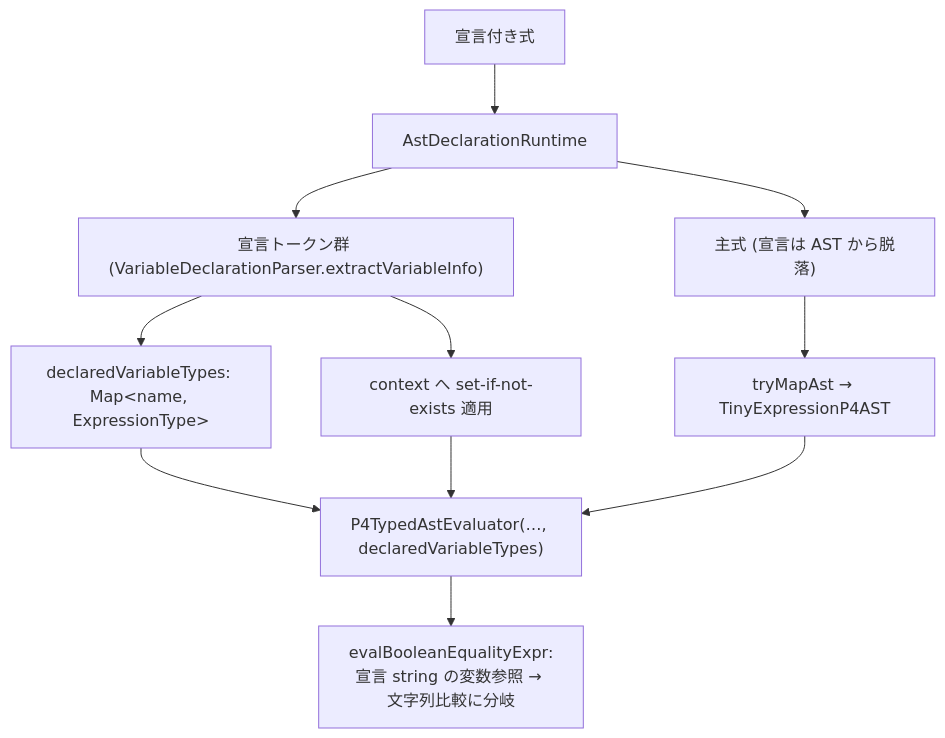
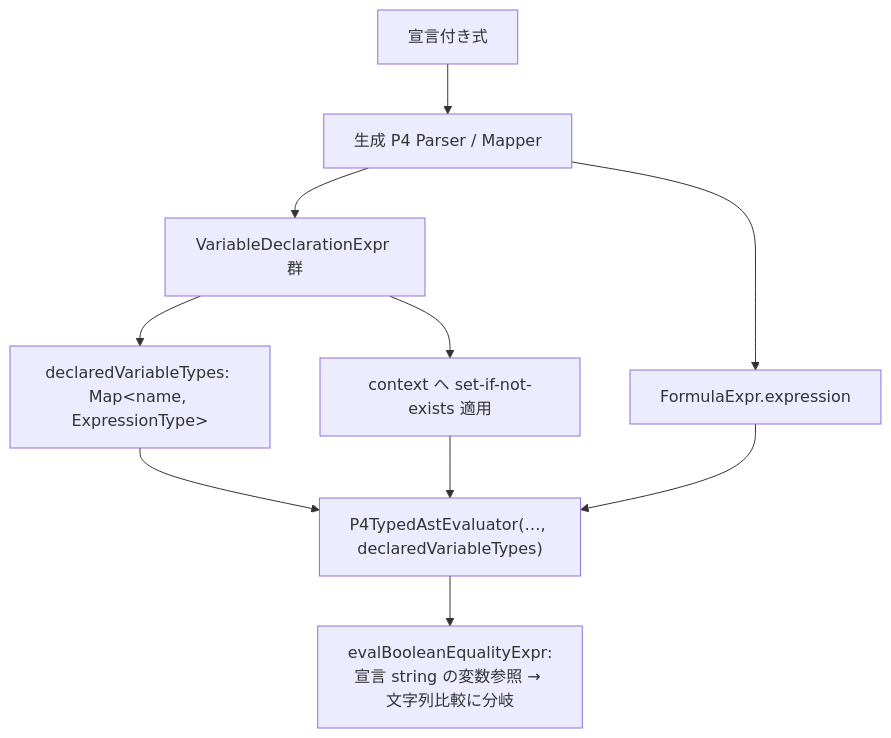
Before and after one commit to opaopa6969/tinyexpression: the seventh of 7 diagrams in docs/architecture-p4.md, drawn with Mermaid. The commit also changed other lines of this file and 40 other files, not shown here.

````diff
--- a/docs/architecture-p4.md
+++ b/docs/architecture-p4.md
@@ -152,13 +148,12 @@
 ```mermaid
 flowchart TD
-  F["宣言付き式"] --> SPLIT["AstDeclarationRuntime"]
-  SPLIT --> DECLS["宣言トークン群 (VariableDeclarationParser.extractVariableInfo)"]
-  SPLIT --> MAINEXPR["主式 (宣言は AST から脱落)"]
+  F["宣言付き式"] --> MAP["生成 P4 Parser / Mapper"]
+  MAP --> DECLS["VariableDeclarationExpr 群"]
+  MAP --> MAINEXPR["FormulaExpr.expression"]
   DECLS --> CTX["context へ set-if-not-exists 適用"]
   DECLS --> TYPES["declaredVariableTypes: Map&lt;name, ExpressionType&gt;"]
-  MAINEXPR --> MAP2["tryMapAst → TinyExpressionP4AST"]
   TYPES --> EVAL2["P4TypedAstEvaluator(…, declaredVariableTypes)"]
   CTX --> EVAL2
-  MAP2 --> EVAL2
+  MAINEXPR --> EVAL2
   EVAL2 --> EQ2["evalBooleanEqualityExpr:<br/>宣言 string の変数参照 → 文字列比較に分岐"]
 ```
````
